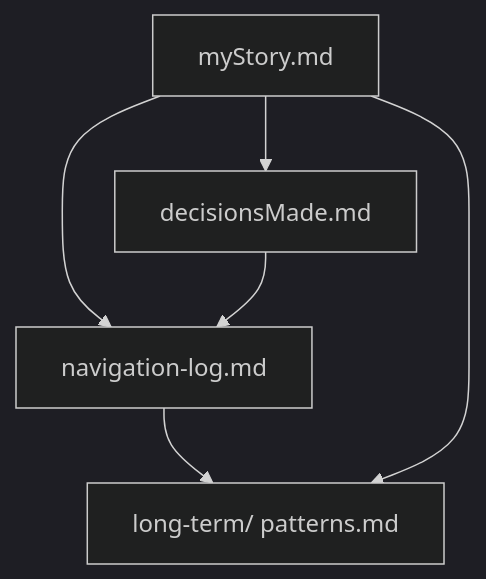
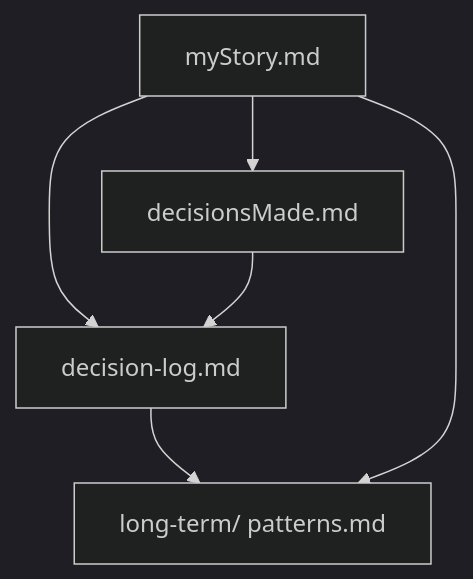
One commit to ClawStackStudios/ShellGuard-Mobile changed the first of 4 diagrams in .agents/rules/story-perspective.md. Above: the diagram before and after it, drawn with Mermaid (dark theme). The commit also changed other lines of this file and 17 other files, not shown here.

First line of the commit message:
refactor(rules): rename long-term-memory and harmonize decision log naming

````diff
--- a/.agents/rules/story-perspective.md
+++ b/.agents/rules/story-perspective.md
@@ -19,8 +19,8 @@
 ```mermaid
 flowchart TD
     NS[myStory.md] --> DM[decisionsMade.md]
-    NS --> NL[navigation-log.md]
+    NS --> NL[decision-log.md]
     DM --> NL
     NL --> LT[long-term/ patterns.md]
     NS --> LT
 ```
````
